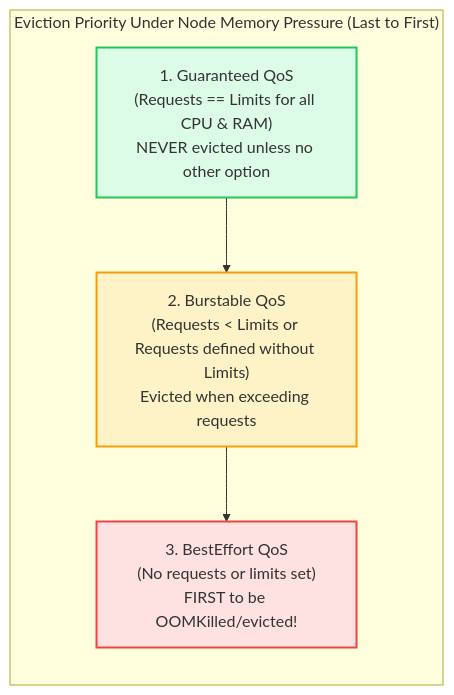
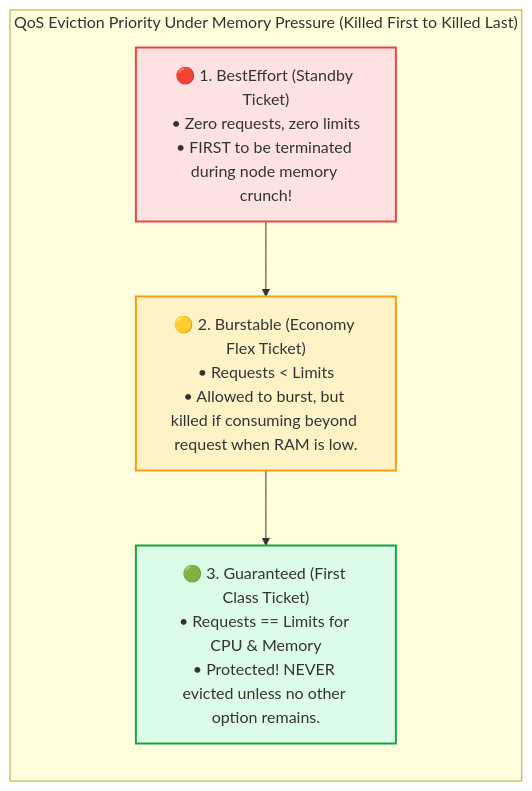
The third of 4 diagrams in 02-Kubernetes/02-Workloads-and-Scheduling.md (PandeyKishan/Study-Notes), drawn with Mermaid before and after one commit. The commit also changed other lines of this file and 20 other files, not shown here.

````diff
--- a/02-Kubernetes/02-Workloads-and-Scheduling.md
+++ b/02-Kubernetes/02-Workloads-and-Scheduling.md
@@ -111,15 +105,15 @@
 ```mermaid
 flowchart TD
-    subgraph QoS_Hierarchy["Eviction Priority Under Node Memory Pressure (Last to First)"]
+    subgraph QoS_Tiers["QoS Eviction Priority Under Memory Pressure (Killed First to Killed Last)"]
         direction TB
-        G["1. Guaranteed QoS\n(Requests == Limits for all CPU & RAM)\nNEVER evicted unless no other option"]
-        B["2. Burstable QoS\n(Requests < Limits or Requests defined without Limits)\nEvicted when exceeding requests"]
-        BE["3. BestEffort QoS\n(No requests or limits set)\nFIRST to be OOMKilled/evicted!"]
-        
-        G --> B --> BE
+        BE["🔴 1. BestEffort (Standby Ticket)\n• Zero requests, zero limits\n• FIRST to be terminated during node memory crunch!"]
+        BU["🟡 2. Burstable (Economy Flex Ticket)\n• Requests < Limits\n• Allowed to burst, but killed if consuming beyond request when RAM is low."]
+        G["🟢 3. Guaranteed (First Class Ticket)\n• Requests == Limits for CPU & Memory\n• Protected! NEVER evicted unless no other option remains."]
+
+        BE --> BU --> G
     end
 
-    style G fill:#dcfce7,stroke:#22c55e,stroke-width:2px
-    style B fill:#fef3c7,stroke:#f59e0b,stroke-width:2px
     style BE fill:#fee2e2,stroke:#ef4444,stroke-width:2px
+    style BU fill:#fef3c7,stroke:#f59e0b,stroke-width:2px
+    style G fill:#dcfce7,stroke:#16a34a,stroke-width:2px
 ```
````
